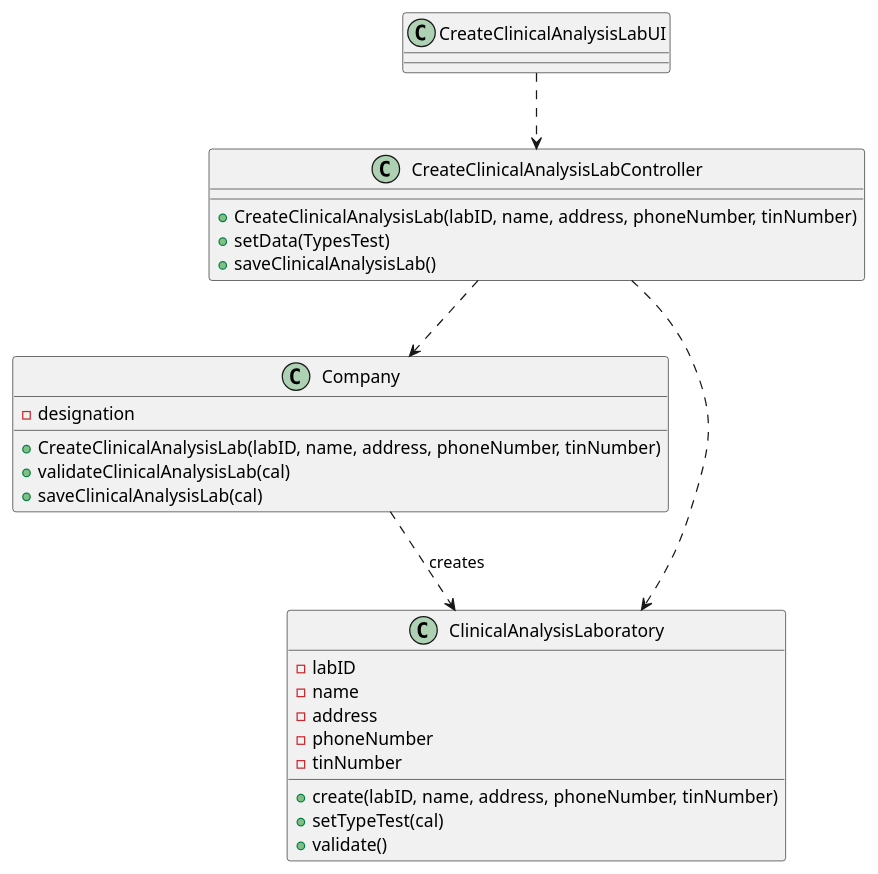
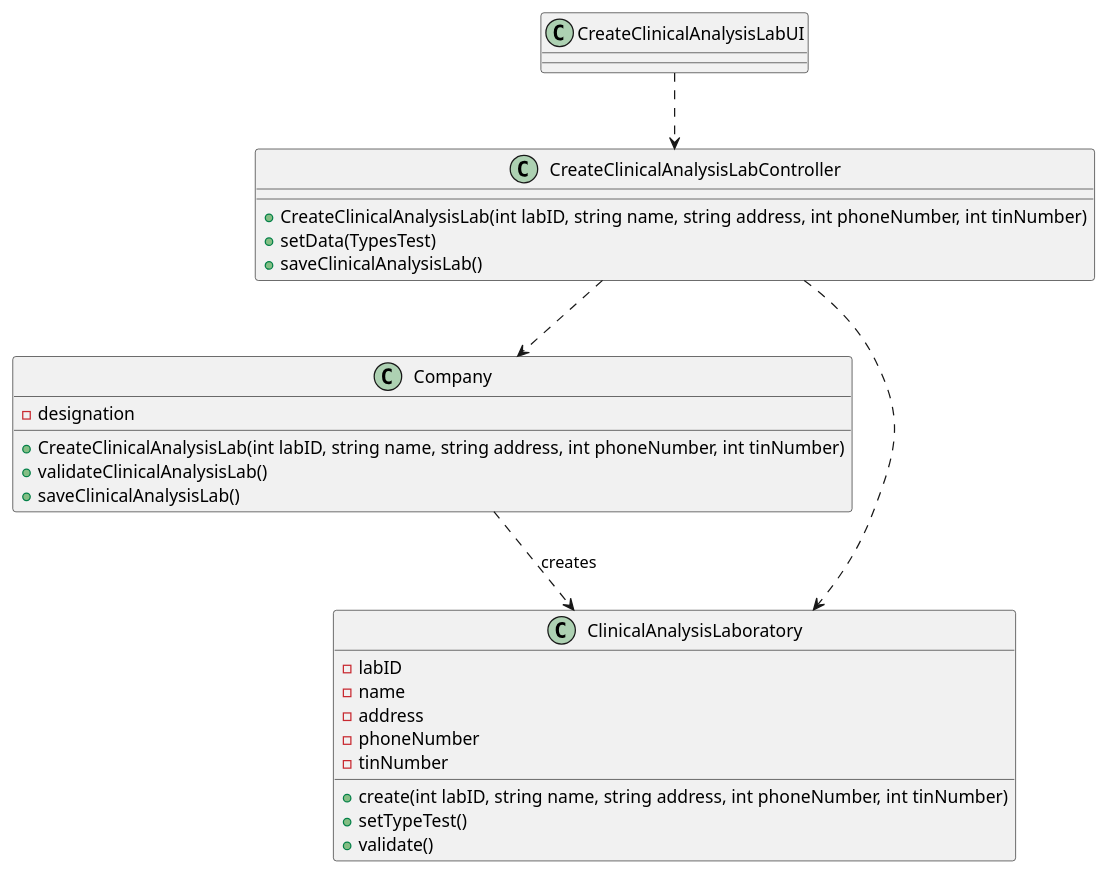
Before and after one commit to MarianaCLages/LAPR2: the diagram in docs/SprintB/US08/US8_CD.puml, drawn with PlantUML. The commit also changed 4 other files, not shown here.

```diff
--- a/docs/SprintB/US08/US8_CD.puml
+++ b/docs/SprintB/US08/US8_CD.puml
@@ -1,36 +1,36 @@
 @startuml
 
 class Company
 {
   -designation
-  +CreateClinicalAnalysisLab(labID, name, address, phoneNumber, tinNumber)
-  +validateClinicalAnalysisLab(cal)
-  +saveClinicalAnalysisLab(cal)
+  +CreateClinicalAnalysisLab(int labID, string name, string address, int phoneNumber, int tinNumber)
+  +validateClinicalAnalysisLab()
+  +saveClinicalAnalysisLab()
 }
 
 class CreateClinicalAnalysisLabUI {
 }
 
 class CreateClinicalAnalysisLabController {
-    +CreateClinicalAnalysisLab(labID, name, address, phoneNumber, tinNumber)
+    +CreateClinicalAnalysisLab(int labID, string name, string address, int phoneNumber, int tinNumber)
     +setData(TypesTest)
     +saveClinicalAnalysisLab()
 }
 
 class ClinicalAnalysisLaboratory{
     -labID
     -name
     -address
     -phoneNumber
     -tinNumber
-    +create(labID, name, address, phoneNumber, tinNumber)
-    +setTypeTest(cal)
+    +create(int labID, string name, string address, int phoneNumber, int tinNumber)
+    +setTypeTest()
     +validate()
 }
 
 CreateClinicalAnalysisLabUI ..> CreateClinicalAnalysisLabController
 CreateClinicalAnalysisLabController ..> Company
 CreateClinicalAnalysisLabController ..> ClinicalAnalysisLaboratory
 Company ..> ClinicalAnalysisLaboratory: creates
 
 @enduml
```
